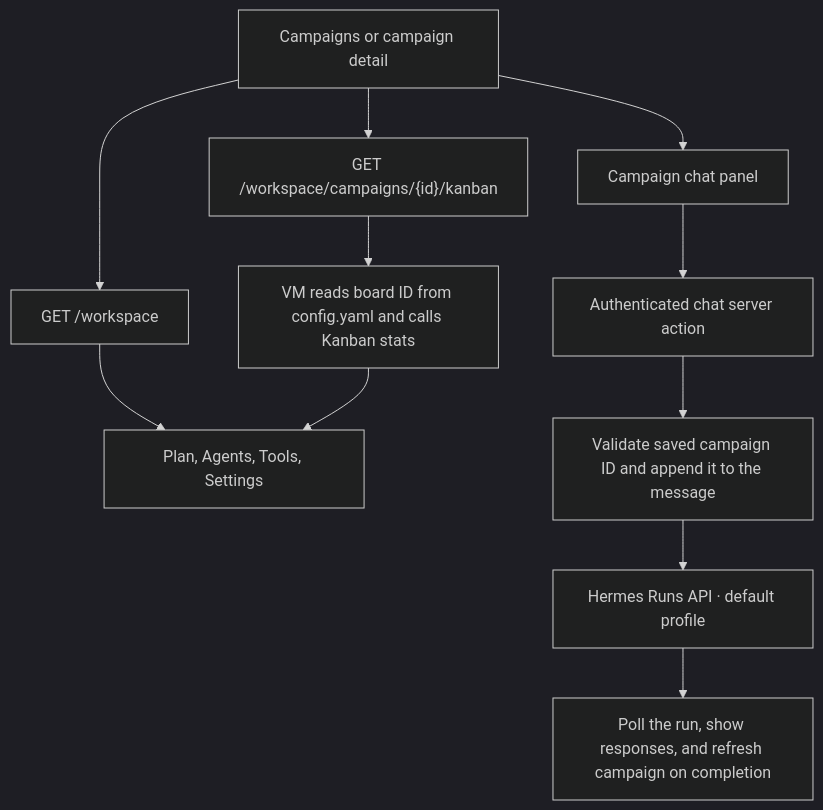
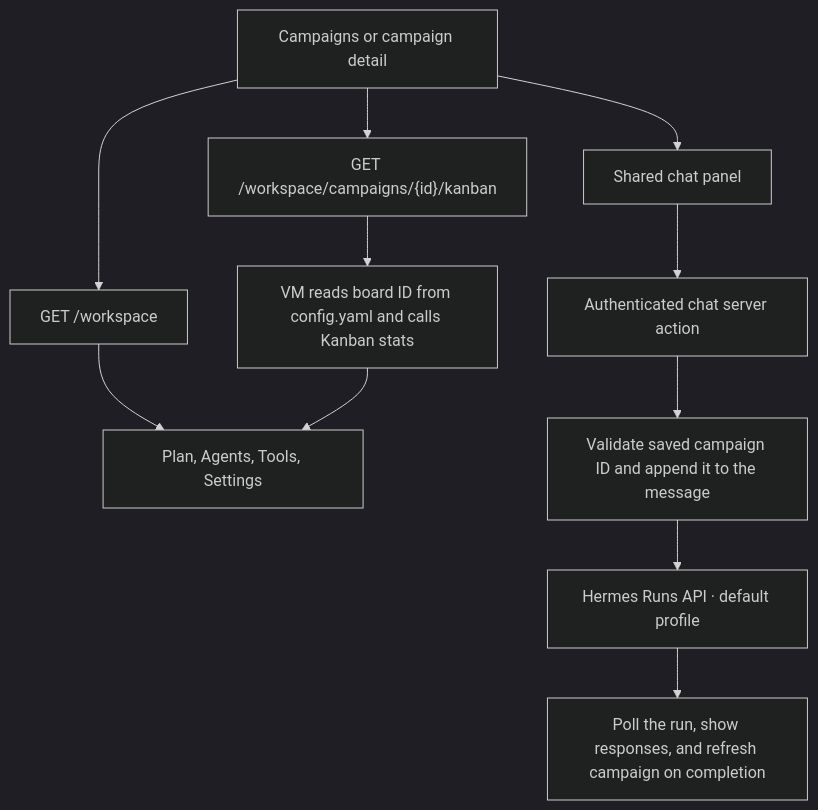
One commit to openmarketing-agency/openmarketing.agency changed the fourth of 7 diagrams in docs/architecture.md. Above: the diagram before and after it, drawn with Mermaid (dark theme). The commit also changed other lines of this file and 2 other files, not shown here.

Commit message:
docs: document workspace chat and setup activity

````diff
--- a/docs/architecture.md
+++ b/docs/architecture.md
@@ -163,17 +167,17 @@
 ```mermaid
 flowchart TD
     Dash["Campaigns or campaign detail"]
     Records["GET /workspace"]
     Board["GET /workspace/campaigns/{id}/kanban"]
     Stats["VM reads board ID from config.yaml and calls Kanban stats"]
     Tabs["Plan, Agents, Tools, Settings"]
-    Chat["Campaign chat panel"]
+    Chat["Shared chat panel"]
     Action["Authenticated chat server action"]
     Context["Validate saved campaign ID and append it to the message"]
     Runs["Hermes Runs API · default profile"]
     Next["Poll the run, show responses, and refresh campaign on completion"]
 
     Dash --> Records --> Tabs
     Dash --> Board --> Stats --> Tabs
     Dash --> Chat --> Action --> Context --> Runs --> Next
 ```
````
